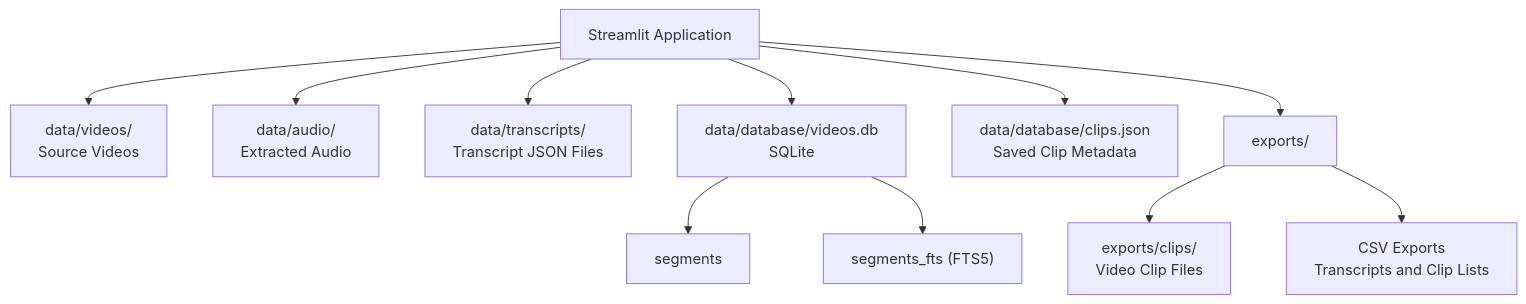
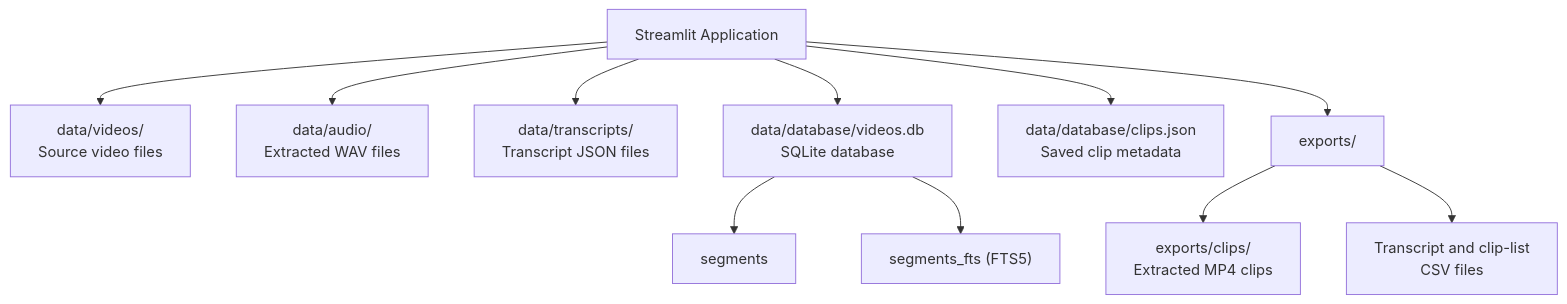
Before and after one commit to Momen-Abd32/Development-of-an-Arabic-Transcript-Based-Video-Indexing-and-Clip-Search-System: the second of 2 diagrams in README.md, drawn with Mermaid. The commit also changed other lines of this file, not shown here.

````diff
--- a/README.md
+++ b/README.md
@@ -161,17 +214,27 @@
 ```mermaid
 flowchart TB
     APP["Streamlit Application"]
 
-    APP --> VIDEO["data/videos/<br/>Source Videos"]
-    APP --> AUDIO["data/audio/<br/>Extracted Audio"]
-    APP --> TRANS["data/transcripts/<br/>Transcript JSON Files"]
+    APP --> VIDEO["data/videos/
+    Source video files"]
 
-    APP --> DB["data/database/videos.db<br/>SQLite"]
+    APP --> AUDIO["data/audio/
+    Extracted WAV files"]
+
+    APP --> TRANS["data/transcripts/
+    Transcript JSON files"]
+
+    APP --> DB["data/database/videos.db
+    SQLite database"]
     DB --> SEG["segments"]
     DB --> FTS["segments_fts (FTS5)"]
 
-    APP --> META["data/database/clips.json<br/>Saved Clip Metadata"]
+    APP --> META["data/database/clips.json
+    Saved clip metadata"]
+
     APP --> EXPORT["exports/"]
-    EXPORT --> CLIPS["exports/clips/<br/>Video Clip Files"]
-    EXPORT --> CSV["CSV Exports<br/>Transcripts and Clip Lists"]
+    EXPORT --> CLIPS["exports/clips/
+    Extracted MP4 clips"]
+    EXPORT --> CSV["Transcript and clip-list
+    CSV files"]
 ```
````
